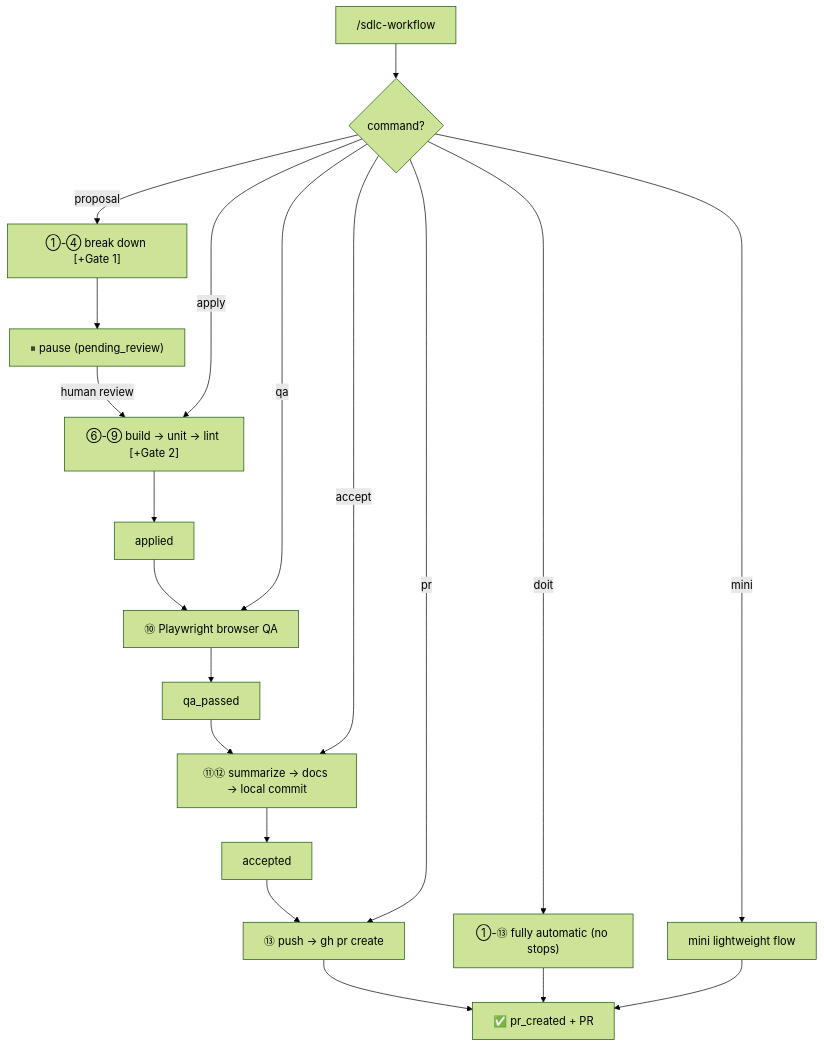
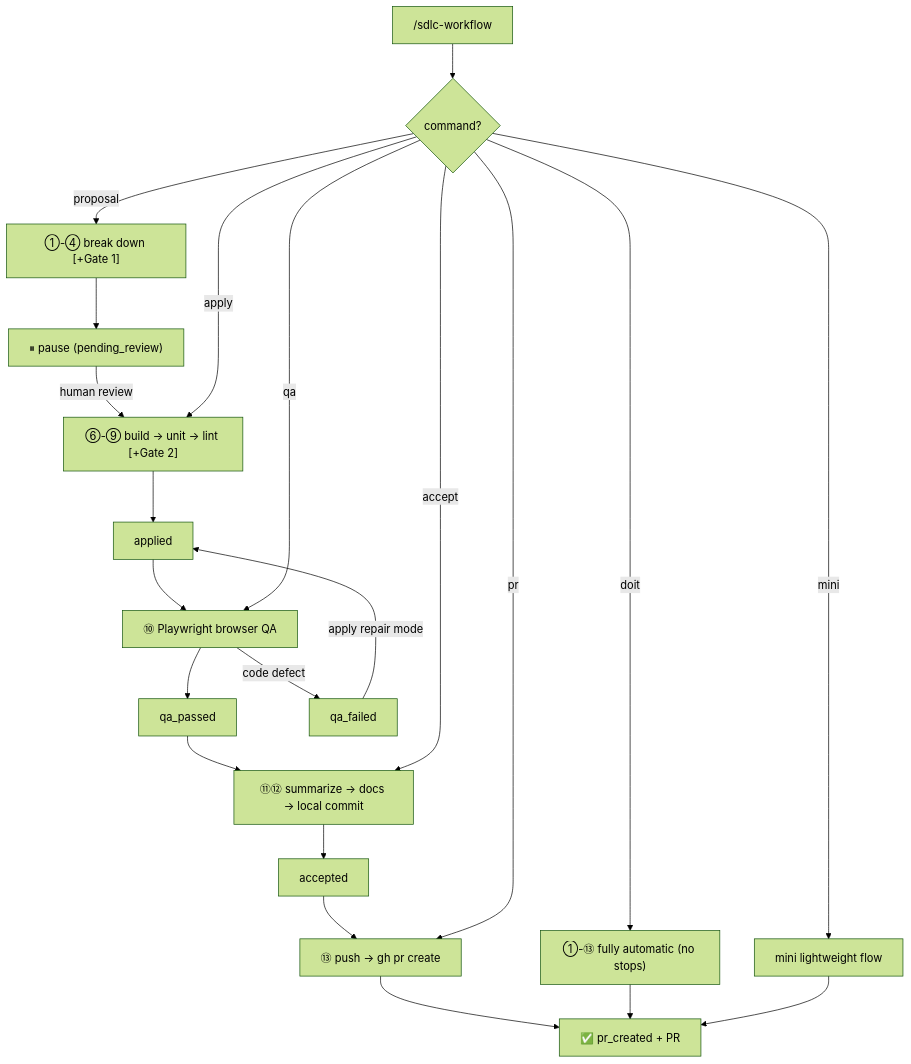
Before and after one commit to evan-e2438927/sdlc-workflow: the diagram in README.md, drawn with Mermaid (forest theme). The commit also changed other lines of this file and 7 other files, not shown here.

Commit message:
docs: bilingual docs for qa_failed, repair mode and fix rounds

````diff
--- a/README.md
+++ b/README.md
@@ -264,28 +264,30 @@
 ```mermaid
 graph TD
     START["/sdlc-workflow"] --> CMD{command?}
     CMD -->|proposal| P1["①-④ break down [+Gate 1]"]
     P1 --> P_STOP["⏸ pause (pending_review)"]
     P_STOP -->|human review| APPLY
 
     CMD -->|apply| APPLY["⑥-⑨ build → unit → lint [+Gate 2]"]
     APPLY --> A_END["applied"]
     A_END --> QA
 
     CMD -->|qa| QA["⑩ Playwright browser QA"]
     QA --> Q_END["qa_passed"]
+    QA -->|code defect| Q_FAIL["qa_failed"]
+    Q_FAIL -->|apply repair mode| A_END
     Q_END --> ACCEPT
 
     CMD -->|accept| ACCEPT["⑪⑫ summarize → docs → local commit"]
     ACCEPT --> AC_END["accepted"]
     AC_END --> PR
 
     CMD -->|pr| PR["⑬ push → gh pr create"]
     PR --> END["✅ pr_created + PR"]
 
     CMD -->|doit| DOIT["①-⑬ fully automatic (no stops)"]
     DOIT --> END
 
     CMD -->|mini| MINI["mini lightweight flow"]
     MINI --> END
 ```
````
